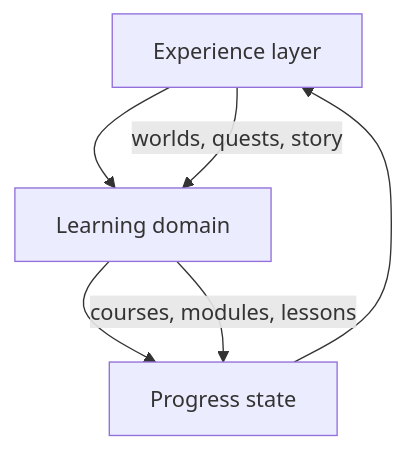
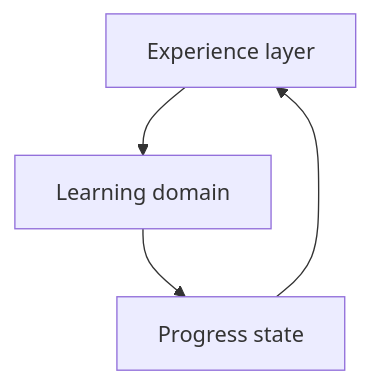
Before and after one commit to farismnrr/portofolio: the third of 4 diagrams in frontend/content/projects/masih-awam-lms.md, drawn with Mermaid. The commit also changed other lines of this file and 6 other files, not shown here.

````diff
--- a/frontend/content/projects/masih-awam-lms.md
+++ b/frontend/content/projects/masih-awam-lms.md
@@ -101,9 +129,6 @@
 ```mermaid
 flowchart TD
-    E[Experience layer] --> D[Learning domain]
-    D --> S[Progress state]
-    S --> E
-
-    E -->|worlds, quests, story| D
-    D -->|courses, modules, lessons| S
+    E[Experience layer] --> L[Learning domain]
+    L --> P[Progress state]
+    P --> E
 ```
````
